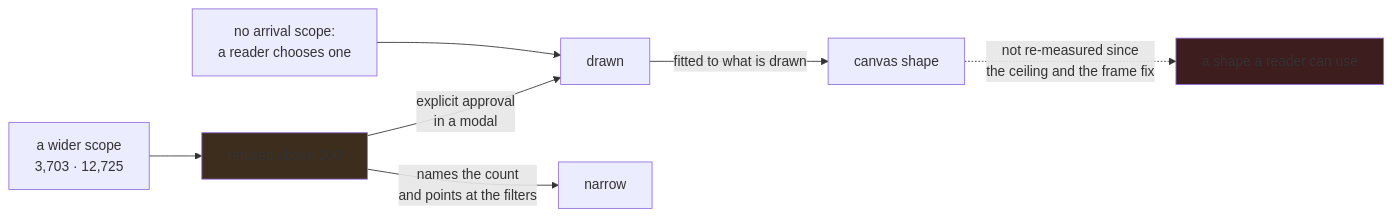
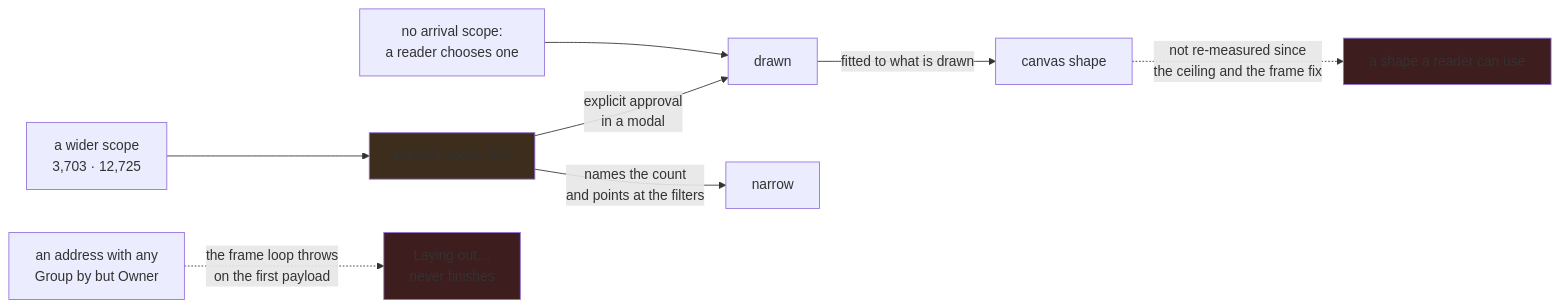
Before and after one commit to advanced-security/codeql-abom: the diagram in plans/ui/graph-layout.md, drawn with Mermaid. The commit also changed other lines of this file and 356 other files, not shown here.

````diff
--- a/plans/ui/graph-layout.md
+++ b/plans/ui/graph-layout.md
@@ -38,11 +39,13 @@
 ```mermaid
 flowchart LR
     ARRIVE["no arrival scope:<br/>a reader chooses one"] --> DRAW["drawn"]
     WIDER["a wider scope<br/>3,703 · 12,725"] --> REFUSE["refused above 300"]
     REFUSE -->|"names the count<br/>and points at the filters"| NARROW["narrow"]
     REFUSE -->|"explicit approval<br/>in a modal"| DRAW
     DRAW -->|"fitted to what is drawn"| RIBBON["canvas shape"]
     RIBBON -. "not re-measured since<br/>the ceiling and the frame fix" .-> SHAPE["a shape a reader can use"]
+    GROUPED["an address with any<br/>Group by but Owner"] -. "the frame loop throws<br/>on the first payload" .-> STUCK["Laying out…<br/>never finishes"]
     style REFUSE fill:#3d2d1d
     style SHAPE fill:#3d1d1d
+    style STUCK fill:#3d1d1d
 ```
````
